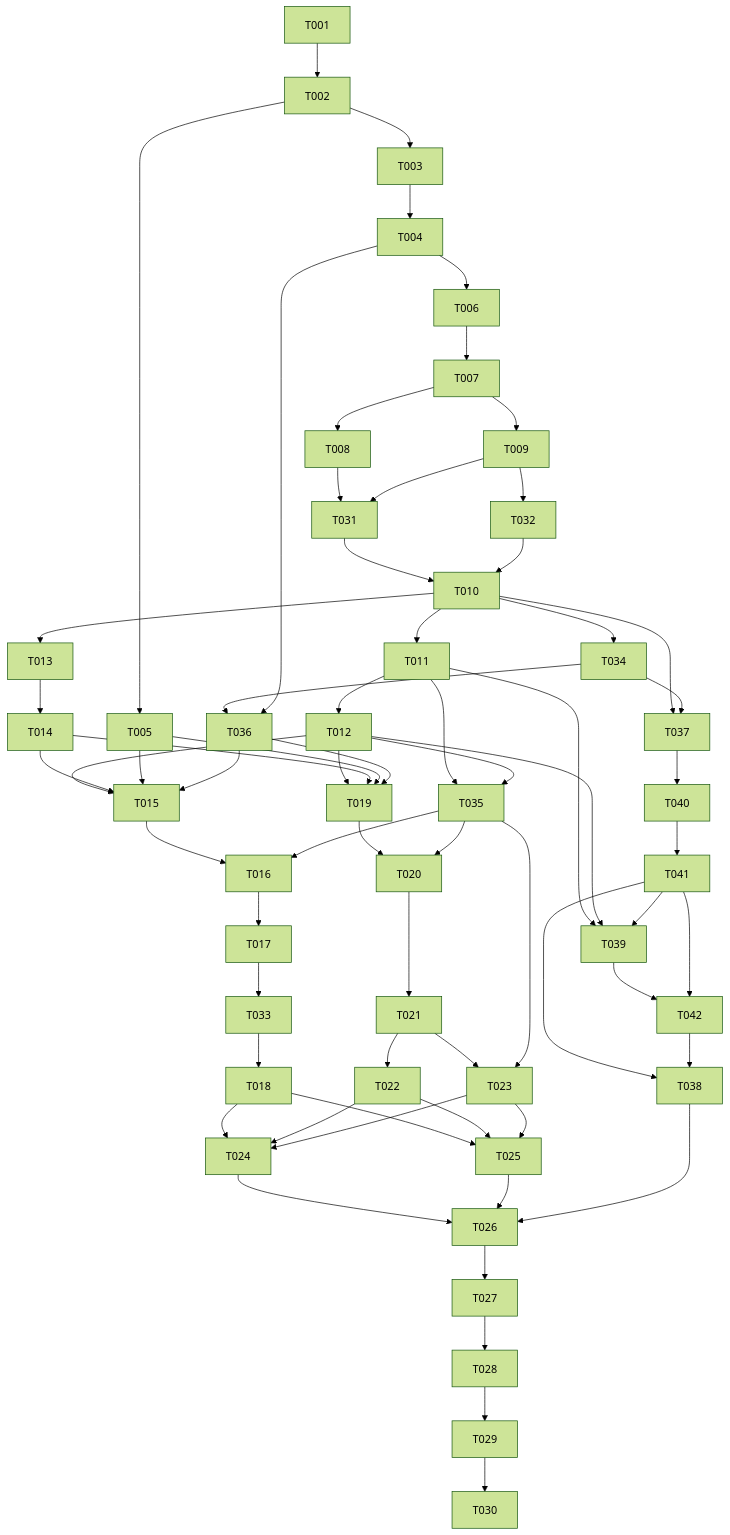
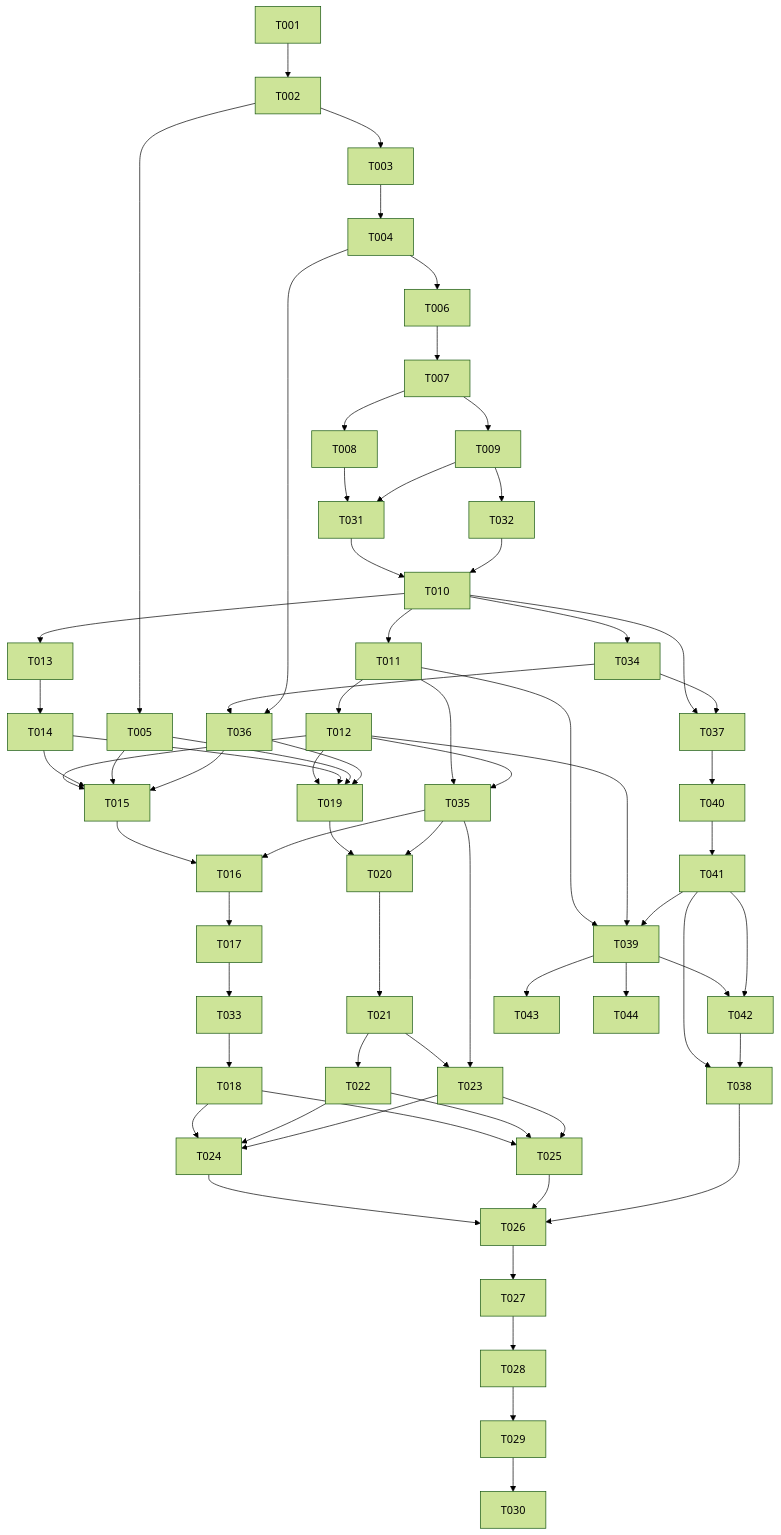
Before and after one commit to ronronner02/multi-agent: the diagram in docs/tasks/2026-10-13-001-feat-multi-agent-team-tasks.md, drawn with Mermaid (forest theme). The commit also changed other lines of this file, not shown here.

````diff
--- a/docs/tasks/2026-10-13-001-feat-multi-agent-team-tasks.md
+++ b/docs/tasks/2026-10-13-001-feat-multi-agent-team-tasks.md
@@ -118,55 +118,57 @@
 ```mermaid
 flowchart TD
   T001 --> T002
   T002 --> T003 --> T004 --> T006 --> T007
   T002 --> T005
   T007 --> T008
   T007 --> T009
   T008 --> T031
   T009 --> T031
   T009 --> T032
   T031 --> T010
   T032 --> T010
   T010 --> T011 --> T012
   T010 --> T013 --> T014
   T012 --> T015
   T014 --> T015
   T005 --> T015
   T015 --> T016 --> T017 --> T033 --> T018
   T012 --> T019
   T014 --> T019
   T005 --> T019
   T019 --> T020 --> T021
   T021 --> T022
   T021 --> T023
   T018 --> T024
   T022 --> T024
   T023 --> T024
   T018 --> T025
   T022 --> T025
   T023 --> T025
   T024 --> T026
   T025 --> T026
   T010 --> T034 --> T036
   T010 --> T037
   T034 --> T037
   T037 --> T040
   T040 --> T041
   T041 --> T038
   T011 --> T039
   T012 --> T039
   T041 --> T039
   T039 --> T042
+  T039 --> T043
+  T039 --> T044
   T041 --> T042
   T042 --> T038
   T038 --> T026
   T004 --> T036
   T036 --> T015
   T036 --> T019
   T011 --> T035
   T012 --> T035
   T035 --> T016
   T035 --> T020
   T035 --> T023
   T026 --> T027 --> T028 --> T029 --> T030
 ```
````
